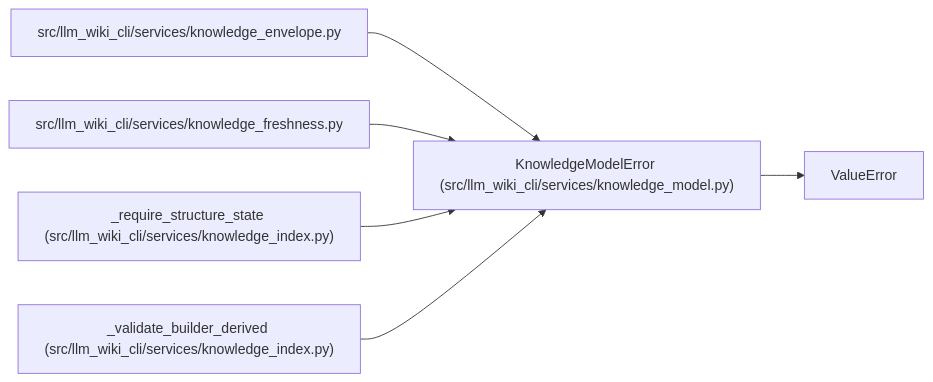
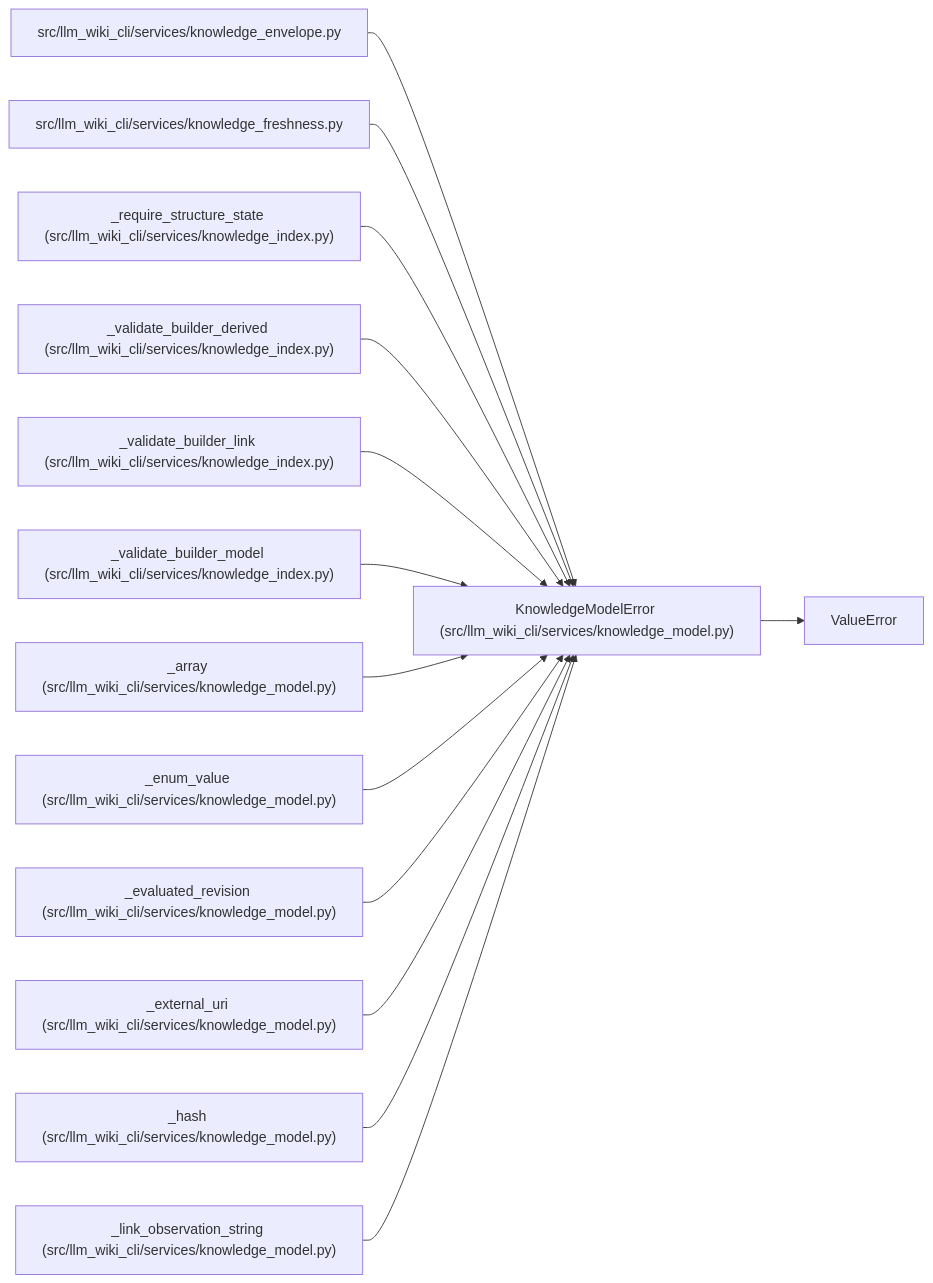
Before and after one commit to Denissvgn/python-wiki-llm: the diagram in docs/llm_wiki/entities/KnowledgeModelError.md, drawn with Mermaid. The commit also changed other lines of this file and 493 other files, not shown here.

````diff
--- a/docs/llm_wiki/entities/KnowledgeModelError.md
+++ b/docs/llm_wiki/entities/KnowledgeModelError.md
@@ -25,19 +25,43 @@
 ```mermaid
 flowchart LR
     n0["KnowledgeModelError (src/llm_wiki_cli/services/knowledge_model.py)"]
     n1["ValueError"]
     n2["src/llm_wiki_cli/services/knowledge_envelope.py"]
     n3["src/llm_wiki_cli/services/knowledge_freshness.py"]
     n4["_require_structure_state (src/llm_wiki_cli/services/knowledge_index.py)"]
     n5["_validate_builder_derived (src/llm_wiki_cli/services/knowledge_index.py)"]
+    n6["_validate_builder_link (src/llm_wiki_cli/services/knowledge_index.py)"]
+    n7["_validate_builder_model (src/llm_wiki_cli/services/knowledge_index.py)"]
+    n8["_array (src/llm_wiki_cli/services/knowledge_model.py)"]
+    n9["_enum_value (src/llm_wiki_cli/services/knowledge_model.py)"]
+    n10["_evaluated_revision (src/llm_wiki_cli/services/knowledge_model.py)"]
+    n11["_external_uri (src/llm_wiki_cli/services/knowledge_model.py)"]
+    n12["_hash (src/llm_wiki_cli/services/knowledge_model.py)"]
+    n13["_link_observation_string (src/llm_wiki_cli/services/knowledge_model.py)"]
     n0 --> n1
     n2 --> n0
     n3 --> n0
     n4 --> n0
     n5 --> n0
+    n6 --> n0
+    n7 --> n0
+    n8 --> n0
+    n9 --> n0
+    n10 --> n0
+    n11 --> n0
+    n12 --> n0
+    n13 --> n0
     click n0 "../modules/knowledge_model.md"
     click n2 "../modules/knowledge_envelope.md"
     click n3 "../modules/knowledge_freshness.md"
     click n4 "../modules/knowledge_index.md"
     click n5 "../modules/knowledge_index.md"
+    click n6 "../modules/knowledge_index.md"
+    click n7 "../modules/knowledge_index.md"
+    click n8 "../modules/knowledge_model.md"
+    click n9 "../modules/knowledge_model.md"
+    click n10 "../modules/knowledge_model.md"
+    click n11 "../modules/knowledge_model.md"
+    click n12 "../modules/knowledge_model.md"
+    click n13 "../modules/knowledge_model.md"
 ```
````
